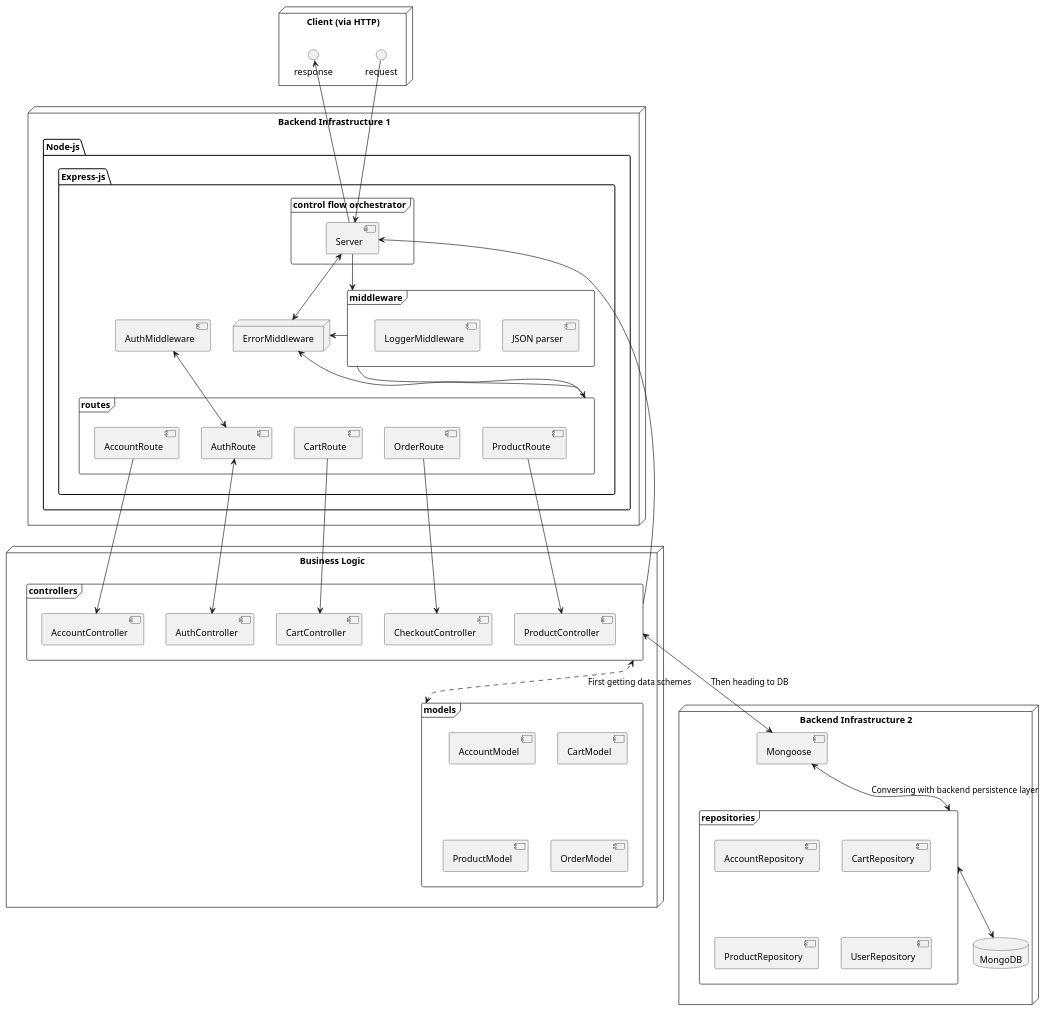
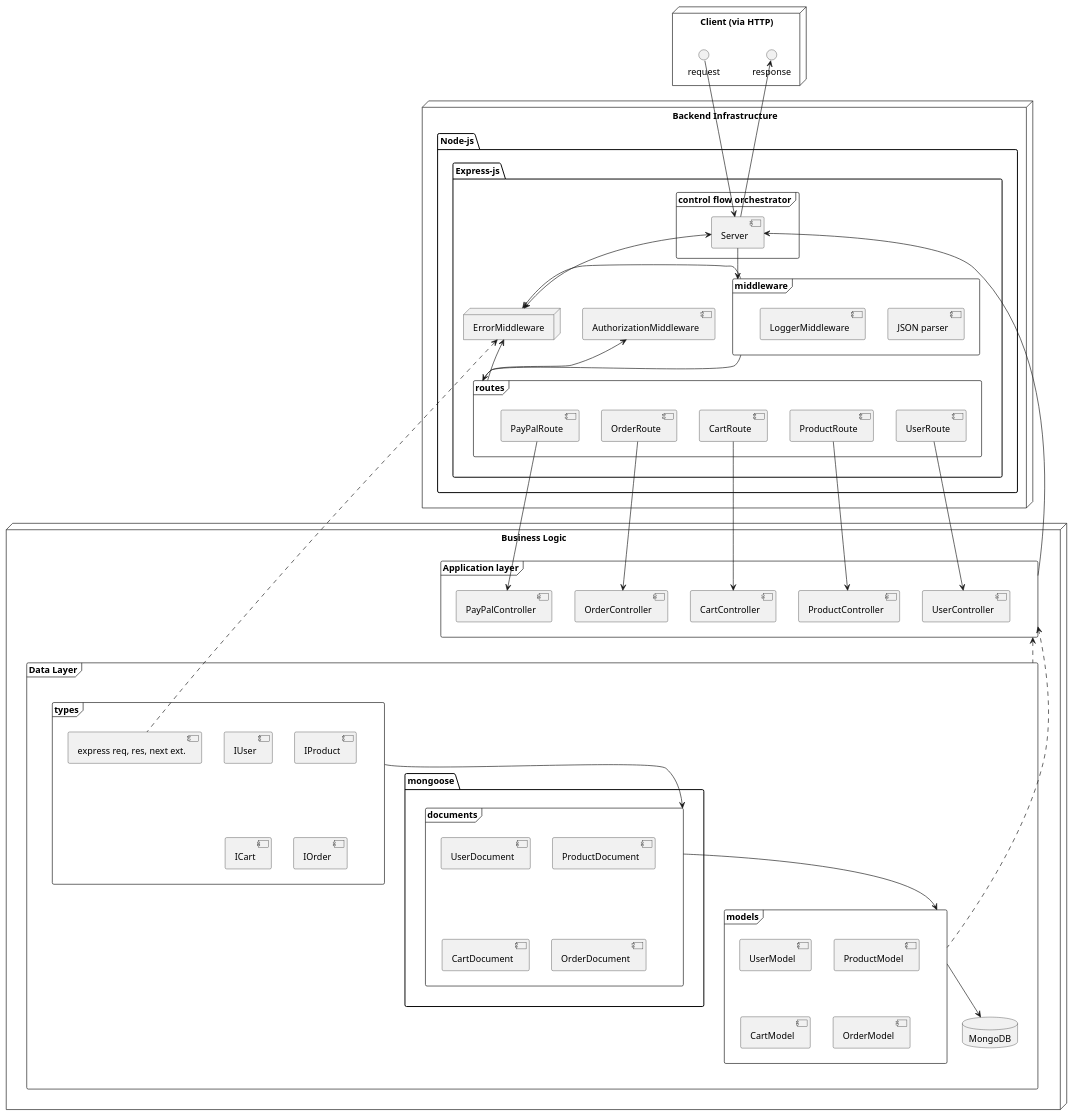
The diagram in documentation/ME(R)N Component Overview.puml (Matans844/e-commerce-backend), drawn with PlantUML before and after one commit. The commit also changed 2 other files, not shown here.

```diff
--- a/documentation/ME(R)N Component Overview.puml
+++ b/documentation/ME(R)N Component Overview.puml
@@ -1,123 +1,139 @@
 @startuml
 'https://plantuml.com/component-diagram
 
 node "Client (via HTTP)"{
     () request
     () response
 }
 
 
-node "Backend Infrastructure 1"{
+node "Backend Infrastructure"{
 
     package "Node-js" {
 
         package "Express-js" {
             frame "control flow orchestrator"{
                 [Server]
             }
 
             frame "middleware"{
                 [JSON parser]
                 [LoggerMiddleware]
             }
 
             frame "routes"{
-                [AccountRoute]
-                [AuthRoute]
+                [UserRoute]
+                [ProductRoute]
                 [CartRoute]
                 [OrderRoute]
-                [ProductRoute]
+                [PayPalRoute]
             }
-
-            [AuthMiddleware]
 
             node "ErrorMiddleware"{
             }
+
+            [AuthorizationMiddleware]
 
         }
     }
 }
 
 node "Business Logic"{
 
-    frame "controllers"{
-        [AccountController]
-        [AuthController]
+    frame "Application layer"{
+        [UserController]
+        [ProductController]
         [CartController]
-        [ProductController]
-        [CheckoutController]
+        [OrderController]
+        [PayPalController]
     }
 
-    frame "models"{
-        [AccountModel]
-        [CartModel]
-        [ProductModel]
-        [OrderModel]
+    frame "Data Layer"{
+        frame "types"{
+                [IUser]
+                [IProduct]
+                [ICart]
+                [IOrder]
+                [express req, res, next ext.]
+            }
+
+        package "mongoose"{
+
+            frame "documents"{
+                [UserDocument]
+                [ProductDocument]
+                [CartDocument]
+                [OrderDocument]
+            }
+        }
+
+
+        frame "models"{
+              [UserModel]
+              [ProductModel]
+              [CartModel]
+              [OrderModel]
+        }
+
+        database "MongoDB" {
+        }
     }
 }
 
-node "Backend Infrastructure 2"{
-    [Mongoose]
 
-    frame "repositories"{
-        [AccountRepository]
-        [CartRepository]
-        [ProductRepository]
-        [UserRepository]
-    }
-
-    database "MongoDB" {
-    }
-
-}
 
 request -down-> [Server]
 [Server] -up-> response
 
 [Server] -down-> "middleware"
 
 "middleware" -right-> [ErrorMiddleware]
 "routes" -up-> [ErrorMiddleware]
 [ErrorMiddleware] <-right-> [Server]
 
 "middleware" -down-> "routes"
 
-[AuthMiddleware] <-down-> [AuthRoute]
-[AuthRoute] <--> [AuthController]
+"routes" -up-> [AuthorizationMiddleware]
 
-[AccountRoute] -down-> [AccountController]
+[UserRoute] -down-> [UserController]
+[ProductRoute] -down-> [ProductController]
 [CartRoute] -down-> [CartController]
-[OrderRoute] -down-> [CheckoutController]
-[ProductRoute] -down-> [ProductController]
+[OrderRoute] -down-> [OrderController]
+[PayPalRoute] -down-> [PayPalController]
 
-"controllers" -right-> [Server]
 
-"controllers" <..> "models" : First getting data schemes
+"Application layer" -right-> [Server]
+"models" -down-> "MongoDB"
 
-"controllers" <--> [Mongoose] : Then heading to DB
-[Mongoose] <-down-> "repositories" : Conversing with backend persistence layer
-"repositories" <-down-> "MongoDB"
+"types" -down-> "documents"
+"documents" -down-> "models"
+"Application layer" <.down. "models"
+
+"Application layer" <.. "Data Layer"
+
+[ErrorMiddleware] <.. [express req, res, next ext.]
+
 
 
 
 
 
 
 
 
 
 
 
 
 
 
 
 
 
 
 
 
 
 
 
 @enduml
```
